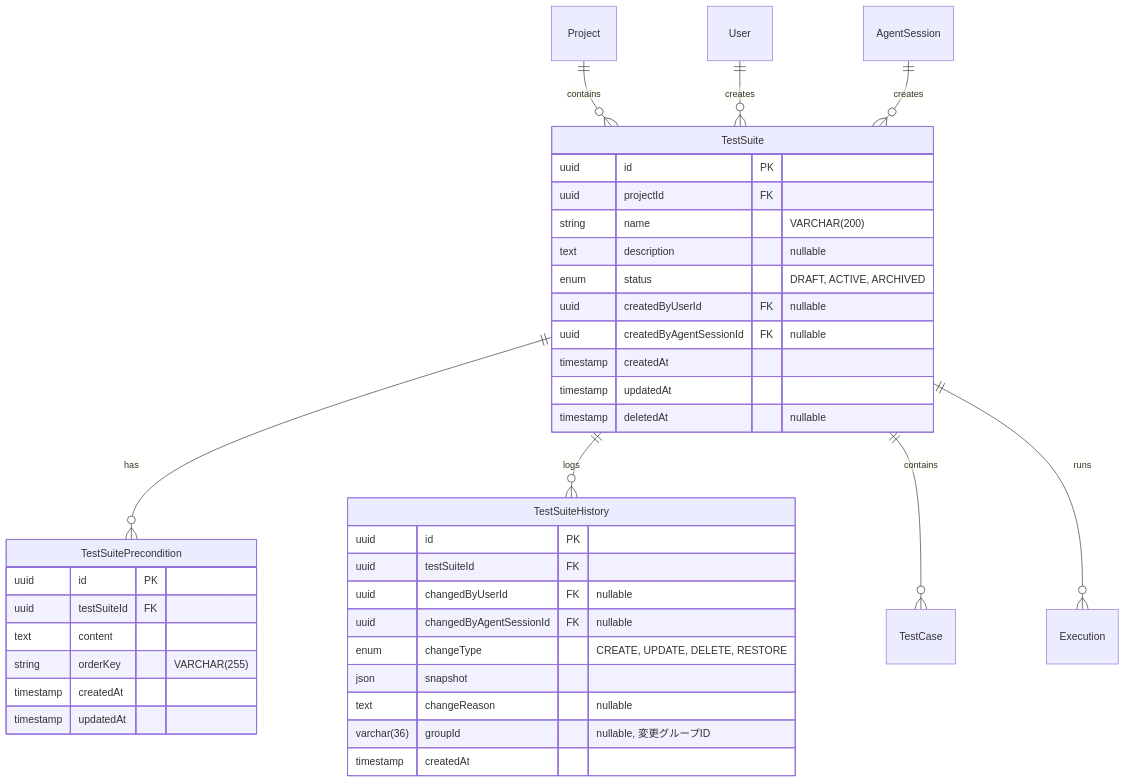
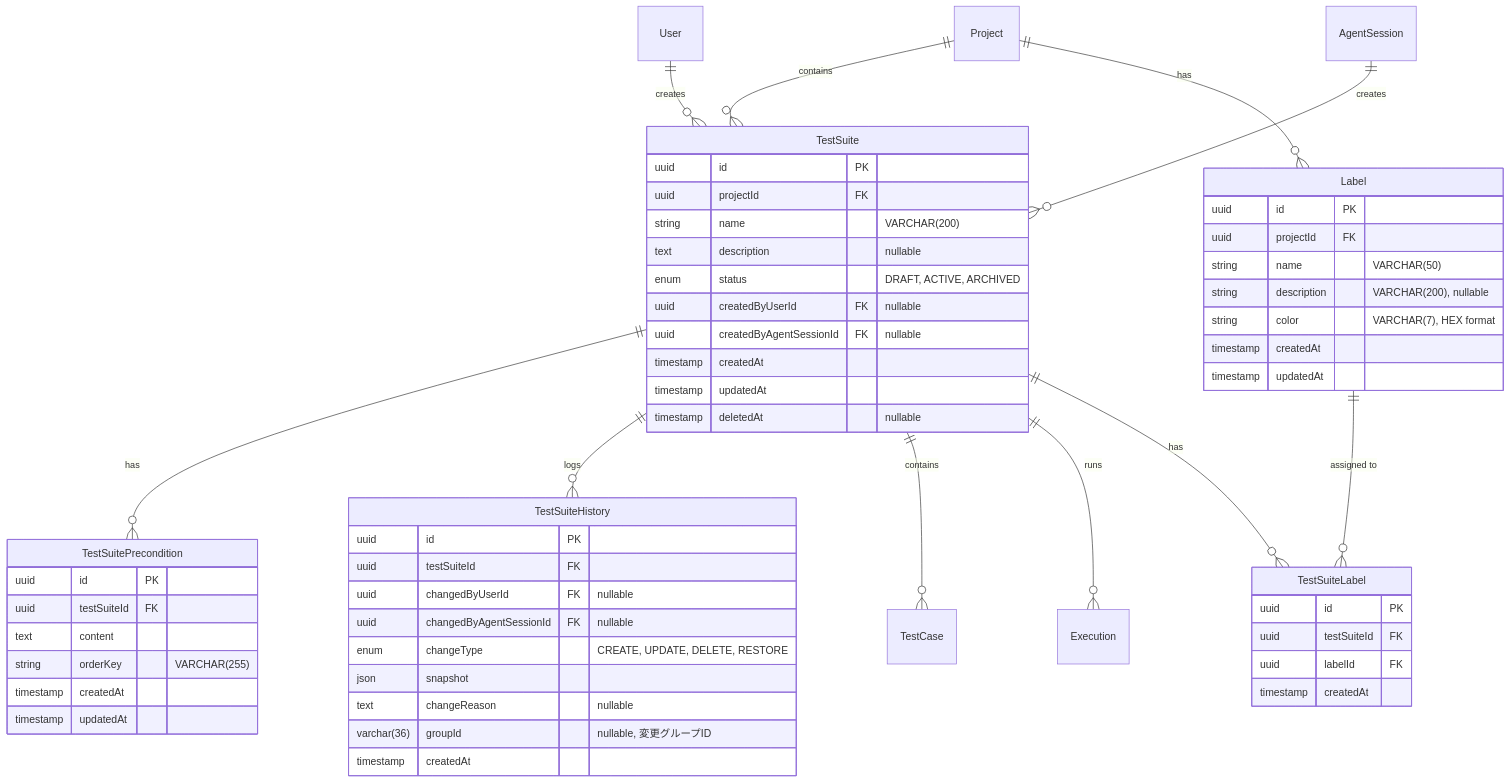
One commit to tsutsumi389/agentest changed the seventh of 7 diagrams in docs/architecture/features/test-suite-management.md. Above: the diagram before and after it, drawn with Mermaid. The commit also changed other lines of this file and 5 other files, not shown here.

````diff
--- a/docs/architecture/features/test-suite-management.md
+++ b/docs/architecture/features/test-suite-management.md
@@ -281,44 +285,64 @@
 ```mermaid
 erDiagram
     Project ||--o{ TestSuite : "contains"
+    Project ||--o{ Label : "has"
     TestSuite ||--o{ TestSuitePrecondition : "has"
     TestSuite ||--o{ TestSuiteHistory : "logs"
     TestSuite ||--o{ TestCase : "contains"
     TestSuite ||--o{ Execution : "runs"
+    TestSuite ||--o{ TestSuiteLabel : "has"
+    Label ||--o{ TestSuiteLabel : "assigned to"
     User ||--o{ TestSuite : "creates"
     AgentSession ||--o{ TestSuite : "creates"
 
     TestSuite {
         uuid id PK
         uuid projectId FK
         string name "VARCHAR(200)"
         text description "nullable"
         enum status "DRAFT, ACTIVE, ARCHIVED"
         uuid createdByUserId FK "nullable"
         uuid createdByAgentSessionId FK "nullable"
         timestamp createdAt
         timestamp updatedAt
         timestamp deletedAt "nullable"
     }
 
     TestSuitePrecondition {
         uuid id PK
         uuid testSuiteId FK
         text content
         string orderKey "VARCHAR(255)"
         timestamp createdAt
         timestamp updatedAt
     }
 
     TestSuiteHistory {
         uuid id PK
         uuid testSuiteId FK
         uuid changedByUserId FK "nullable"
         uuid changedByAgentSessionId FK "nullable"
         enum changeType "CREATE, UPDATE, DELETE, RESTORE"
         json snapshot
         text changeReason "nullable"
         varchar(36) groupId "nullable, 変更グループID"
         timestamp createdAt
     }
+
+    Label {
+        uuid id PK
+        uuid projectId FK
+        string name "VARCHAR(50)"
+        string description "VARCHAR(200), nullable"
+        string color "VARCHAR(7), HEX format"
+        timestamp createdAt
+        timestamp updatedAt
+    }
+
+    TestSuiteLabel {
+        uuid id PK
+        uuid testSuiteId FK
+        uuid labelId FK
+        timestamp createdAt
+    }
 ```
````
